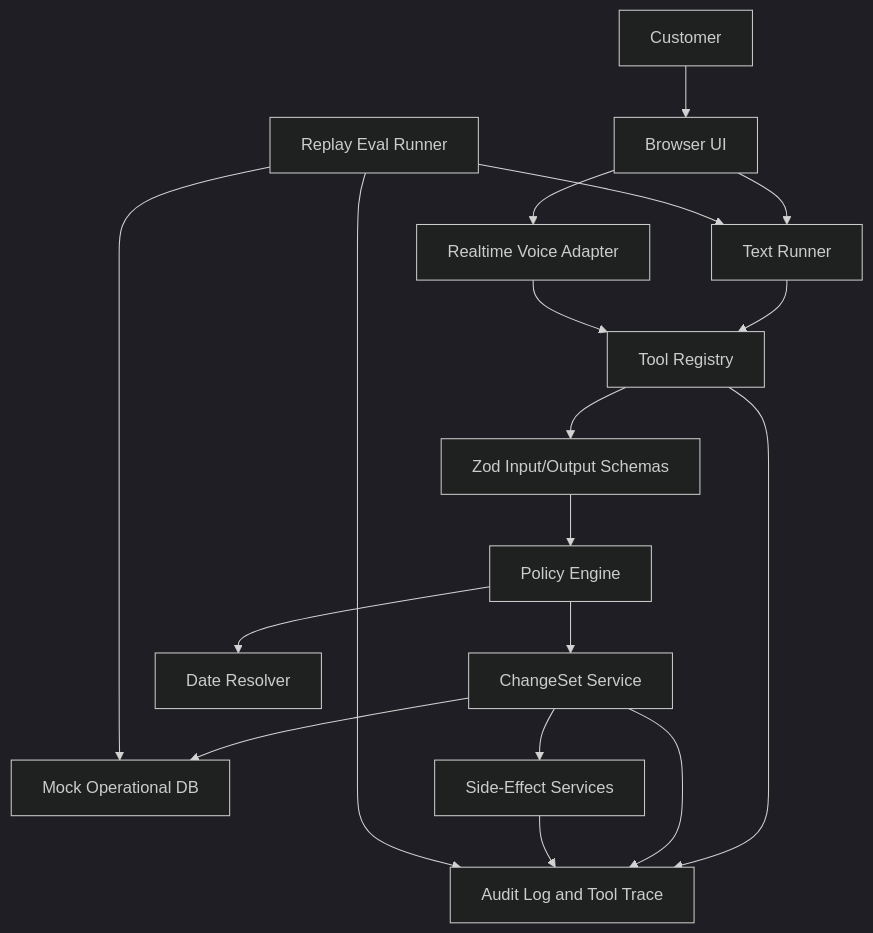
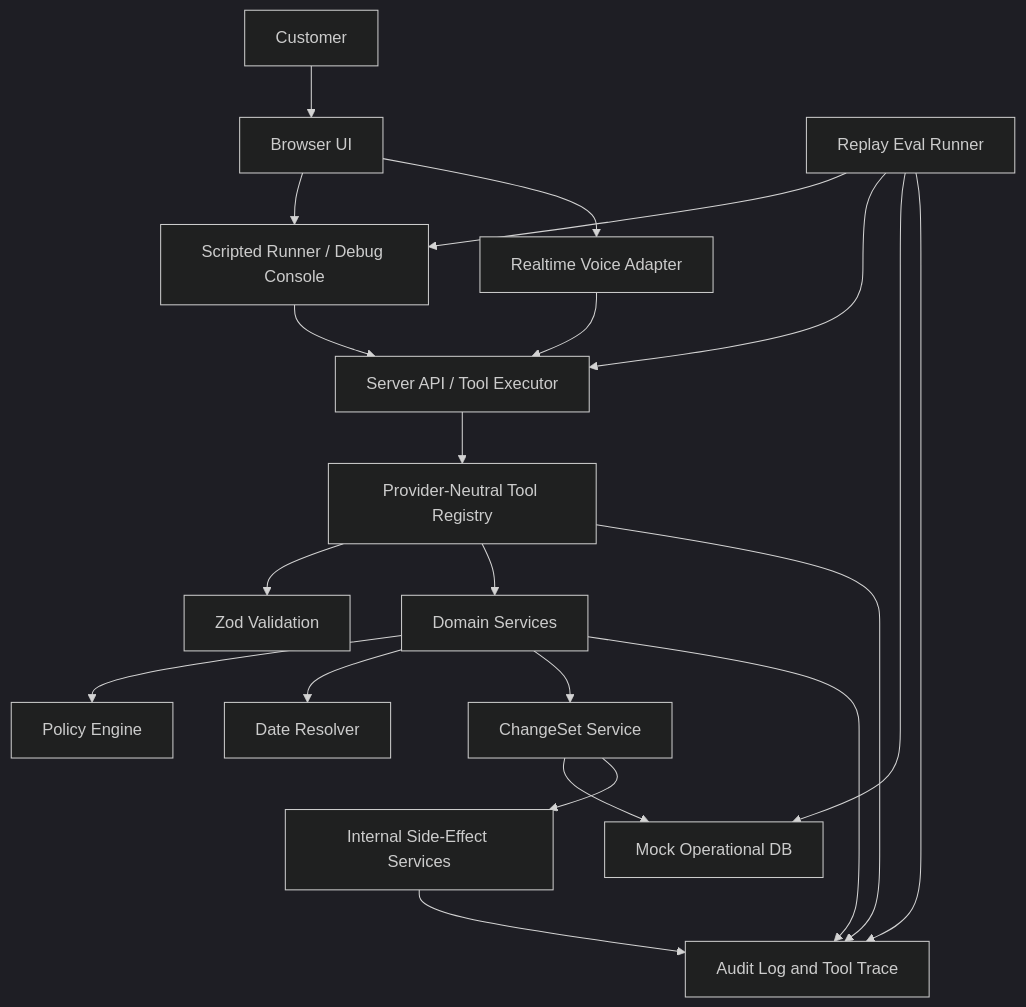
Before and after one commit to terracio/voice-ops-agent: the diagram in PLAN.md, drawn with Mermaid (dark theme). The commit also changed other lines of this file and 3 other files, not shown here.

````diff
--- a/PLAN.md
+++ b/PLAN.md
@@ -103,34 +141,39 @@
 ```mermaid
 flowchart TD
   User["Customer"]
   UI["Browser UI"]
-  Text["Text Runner"]
+  Scripted["Scripted Runner / Debug Console"]
   Voice["Realtime Voice Adapter"]
-  Registry["Tool Registry"]
-  Schemas["Zod Input/Output Schemas"]
+  API["Server API / Tool Executor"]
+  Registry["Provider-Neutral Tool Registry"]
+  Schemas["Zod Validation"]
+  Services["Domain Services"]
   Policy["Policy Engine"]
+  Dates["Date Resolver"]
   ChangeSet["ChangeSet Service"]
-  Dates["Date Resolver"]
   DB["Mock Operational DB"]
-  SideFx["Side-Effect Services"]
+  SideFx["Internal Side-Effect Services"]
   Audit["Audit Log and Tool Trace"]
   Evals["Replay Eval Runner"]
 
   User --> UI
-  UI --> Text
+  UI --> Scripted
   UI --> Voice
-  Text --> Registry
-  Voice --> Registry
+  Scripted --> API
+  Voice --> API
+  API --> Registry
   Registry --> Schemas
-  Schemas --> Policy
-  Policy --> Dates
-  Policy --> ChangeSet
+  Registry --> Services
+  Services --> Policy
+  Services --> Dates
+  Services --> ChangeSet
   ChangeSet --> DB
   ChangeSet --> SideFx
   Registry --> Audit
-  ChangeSet --> Audit
+  Services --> Audit
   SideFx --> Audit
-  Evals --> Text
+  Evals --> Scripted
+  Evals --> API
   Evals --> DB
   Evals --> Audit
 ```
````
